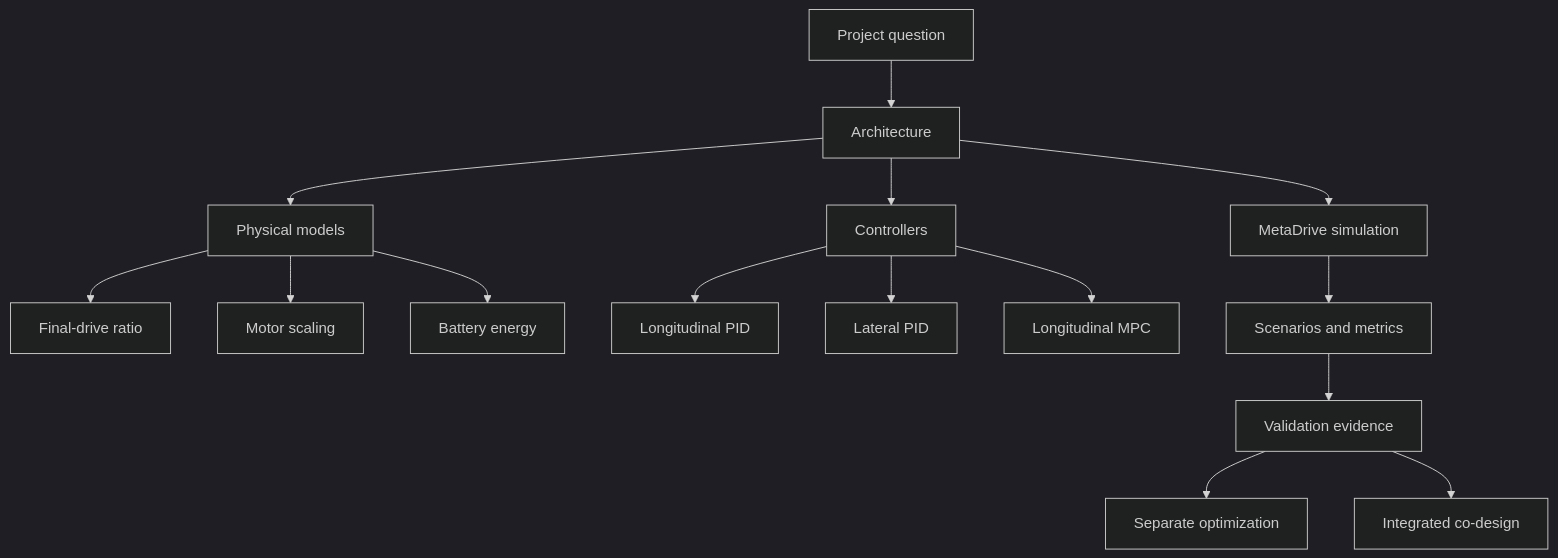
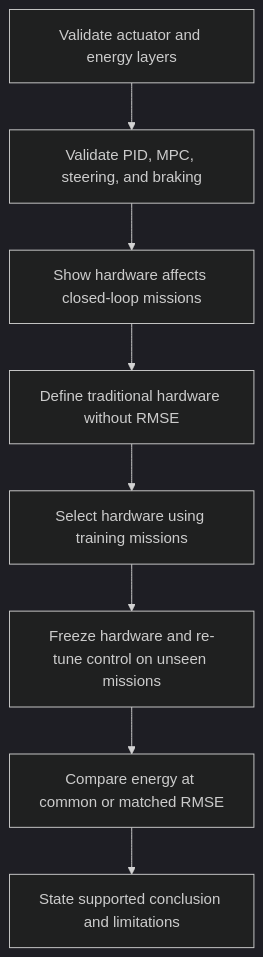
The diagram in docs/index.md (odetojsmith/Codesign-for-Cruise-Control), drawn with Mermaid (dark theme) before and after one commit. The commit also changed other lines of this file and 15 other files, not shown here.

Commit message:
Structure project logic and evidence roadmap

````diff
--- a/docs/index.md
+++ b/docs/index.md
@@ -31,17 +34,10 @@
 ```mermaid
 flowchart TD
-    A["Project question"] --> B["Architecture"]
-    B --> C["Physical models"]
-    B --> D["MetaDrive simulation"]
-    B --> E["Controllers"]
-    C --> C1["Final-drive ratio"]
-    C --> C2["Motor scaling"]
-    C --> C3["Battery energy"]
-    E --> E1["Longitudinal PID"]
-    E --> E2["Lateral PID"]
-    E --> E3["Longitudinal MPC"]
-    D --> F["Scenarios and metrics"]
-    F --> G["Validation evidence"]
-    G --> H["Separate optimization"]
-    G --> I["Integrated co-design"]
+    A["Validate actuator and energy layers"] --> B["Validate PID, MPC, steering, and braking"]
+    B --> C["Show hardware affects closed-loop missions"]
+    C --> D["Define traditional hardware without RMSE"]
+    D --> E["Select hardware using training missions"]
+    E --> F["Freeze hardware and re-tune control on unseen missions"]
+    F --> G["Compare energy at common or matched RMSE"]
+    G --> H["State supported conclusion and limitations"]
 ```
````
